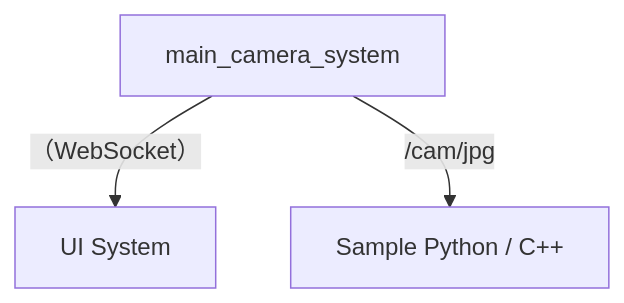
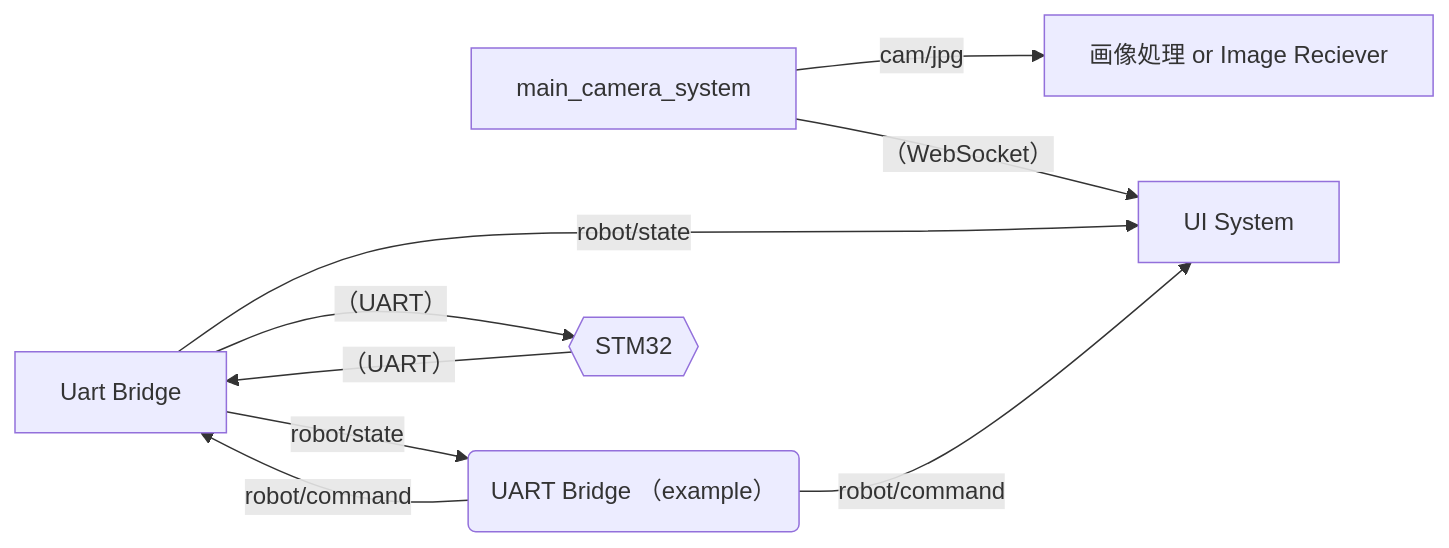
Before and after one commit to CoRE-MA-KING/roboapp: the diagram in README.md, drawn with Mermaid. The commit also changed other lines of this file and 29 other files, not shown here.

````diff
--- a/README.md
+++ b/README.md
@@ -27,11 +37,19 @@
 ```mermaid
-    flowchart TD
+    flowchart LR
 
     A[main_camera_system]
     B[UI System]
-    C[Sample Python / C++]
+    C[画像処理 or Image Reciever]
+    U[Uart Bridge]
+    E(UART Bridge （example）)
+    M{{STM32}}
 
     A -- （WebSocket）--> B
-    A -- /cam/jpg --> C
-
+    A -- cam/jpg --> C
+    U -- robot/state --> B
+    U -- robot/state --> E
+    E -- robot/command --> U
+    E -- robot/command --> B
+    U -- （UART） --> M
+    M -- （UART） --> U
 ```
````
